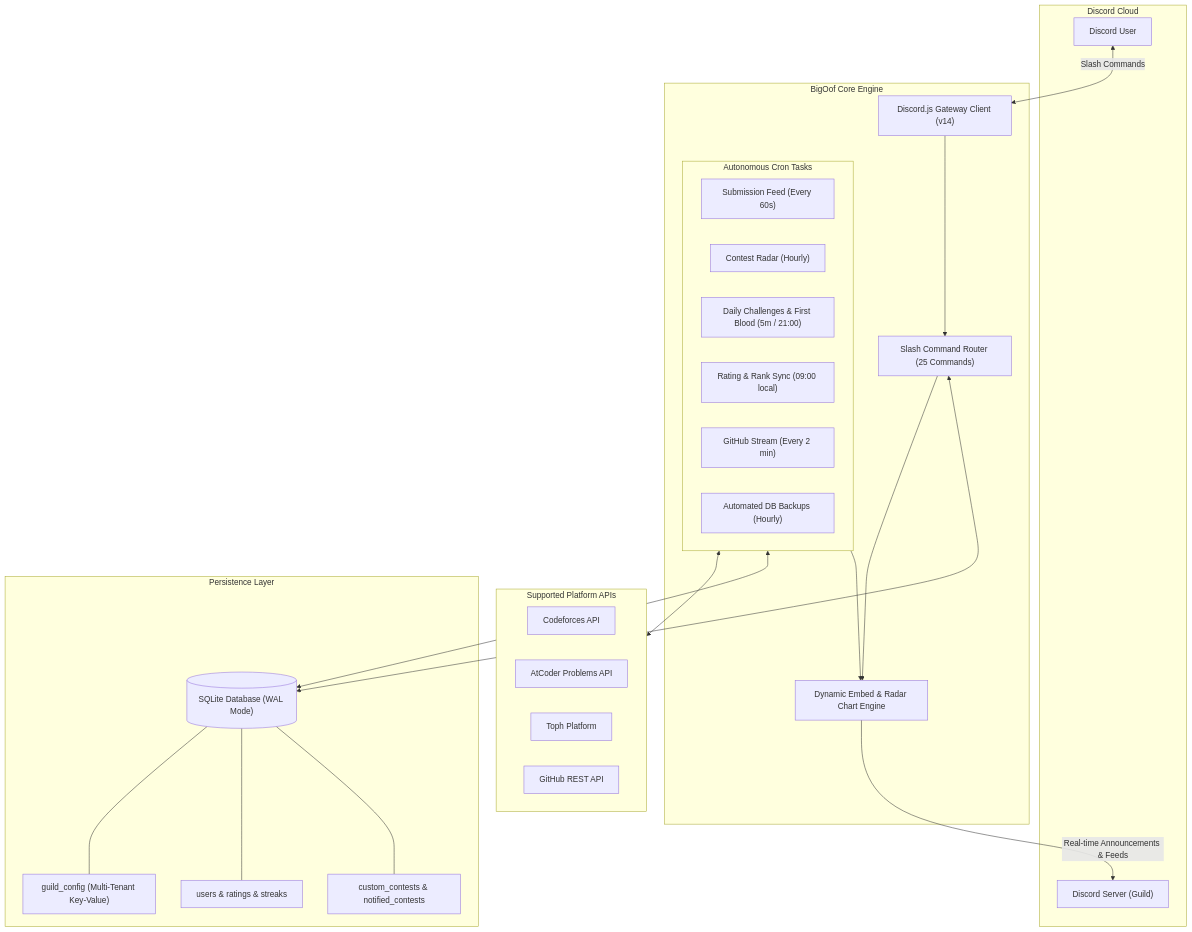
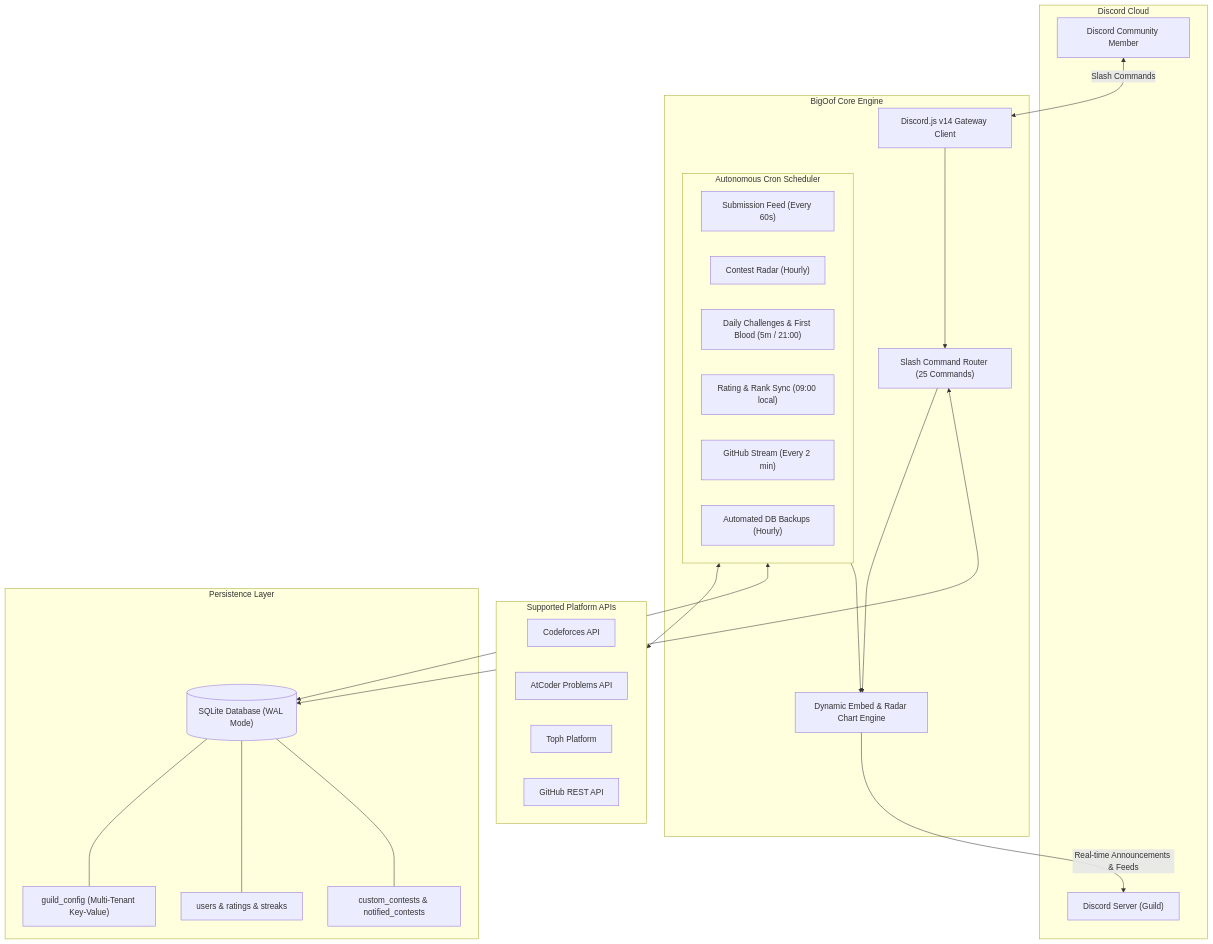
The diagram in README.md (Pri8899/BigOof), drawn with Mermaid before and after one commit. The commit also changed other lines of this file, not shown here.

````diff
--- a/README.md
+++ b/README.md
@@ -70,50 +84,50 @@
 ```mermaid
 flowchart TD
     subgraph Discord ["Discord Cloud"]
-        User["Discord User"]
+        User["Discord Community Member"]
         Guild["Discord Server (Guild)"]
     end
 
     subgraph BigOofCore ["BigOof Core Engine"]
-        Gateway["Discord.js Gateway Client (v14)"]
+        Gateway["Discord.js v14 Gateway Client"]
         CmdRouter["Slash Command Router (25 Commands)"]
         
-        subgraph Schedulers ["Autonomous Cron Tasks"]
+        subgraph Schedulers ["Autonomous Cron Scheduler"]
             FeedTask["Submission Feed (Every 60s)"]
             ContestTask["Contest Radar (Hourly)"]
             DailyTask["Daily Challenges & First Blood (5m / 21:00)"]
             RatingTask["Rating & Rank Sync (09:00 local)"]
             GitHubTask["GitHub Stream (Every 2 min)"]
             BackupTask["Automated DB Backups (Hourly)"]
         end
         
         EmbedEngine["Dynamic Embed & Radar Chart Engine"]
     end
 
     subgraph DataStore ["Persistence Layer"]
         DB[("SQLite Database (WAL Mode)")]
         GuildConfig["guild_config (Multi-Tenant Key-Value)"]
         Users["users & ratings & streaks"]
         Contests["custom_contests & notified_contests"]
     end
 
     subgraph PlatformAPIs ["Supported Platform APIs"]
         CF["Codeforces API"]
         AC["AtCoder Problems API"]
         Toph["Toph Platform"]
         GH["GitHub REST API"]
     end
 
     User <-->|Slash Commands| Gateway
     Gateway --> CmdRouter
     CmdRouter --> EmbedEngine
     CmdRouter <--> DB
 
     Schedulers <--> PlatformAPIs
     Schedulers <--> DB
     Schedulers --> EmbedEngine
     EmbedEngine -->|Real-time Announcements & Feeds| Guild
     DB --- GuildConfig
     DB --- Users
     DB --- Contests
 ```
````
